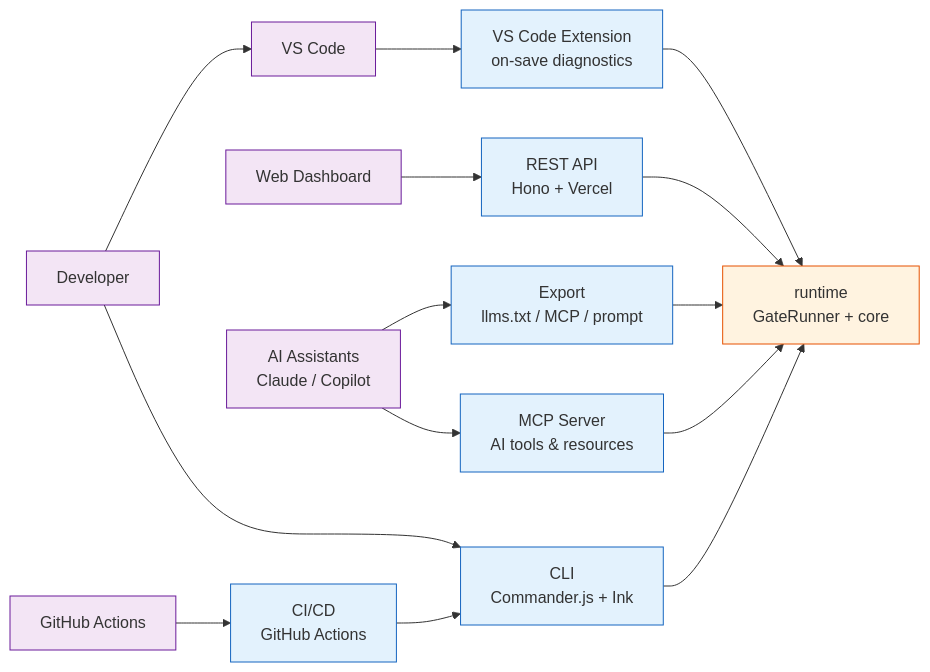
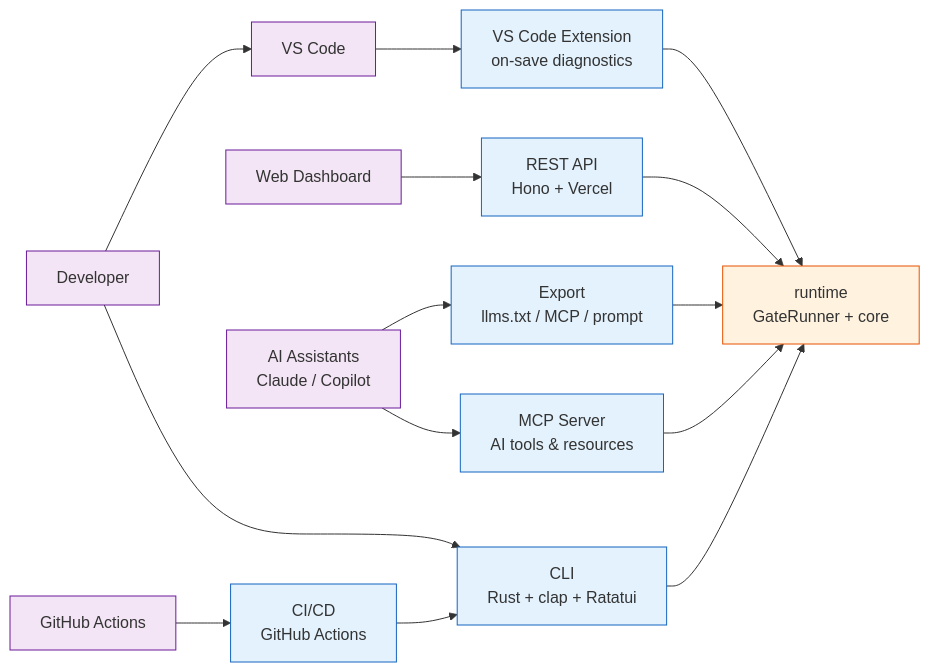
One commit to eddacraft/eddacraft-tui changed the third of 5 diagrams in docs/architecture/overview.md. Above: the diagram before and after it, drawn with Mermaid. The commit also changed other lines of this file and 12 other files, not shown here.

````diff
--- a/docs/architecture/overview.md
+++ b/docs/architecture/overview.md
@@ -249,39 +246,39 @@
 ```mermaid
 graph LR
     runtime["runtime<br/>GateRunner + core"]
 
-    cli["CLI<br/>Commander.js + Ink"]
+    cli["CLI<br/>Rust + clap + Ratatui"]
     vscode["VS Code Extension<br/>on-save diagnostics"]
     mcp["MCP Server<br/>AI tools & resources"]
     api["REST API<br/>Hono + Vercel"]
     cicd["CI/CD<br/>GitHub Actions"]
     export["Export<br/>llms.txt / MCP / prompt"]
 
     cli --> runtime
     vscode --> runtime
     mcp --> runtime
     api --> runtime
     cicd --> cli
     export --> runtime
 
     dashboard["Web Dashboard"]
     ai["AI Assistants<br/>Claude / Copilot"]
     ide["VS Code"]
     developer["Developer"]
     pipeline["GitHub Actions"]
 
     developer --> cli
     developer --> ide --> vscode
     ai --> mcp
     dashboard --> api
     pipeline --> cicd
     ai --> export
 
     classDef surface fill:#e3f2fd,stroke:#1565c0
     classDef runtime fill:#fff3e0,stroke:#e65100
     classDef consumer fill:#f3e5f5,stroke:#6a1b9a
 
     class cli,vscode,mcp,api,cicd,export surface
     class runtime runtime
     class dashboard,ai,ide,developer,pipeline consumer
 ```
````
